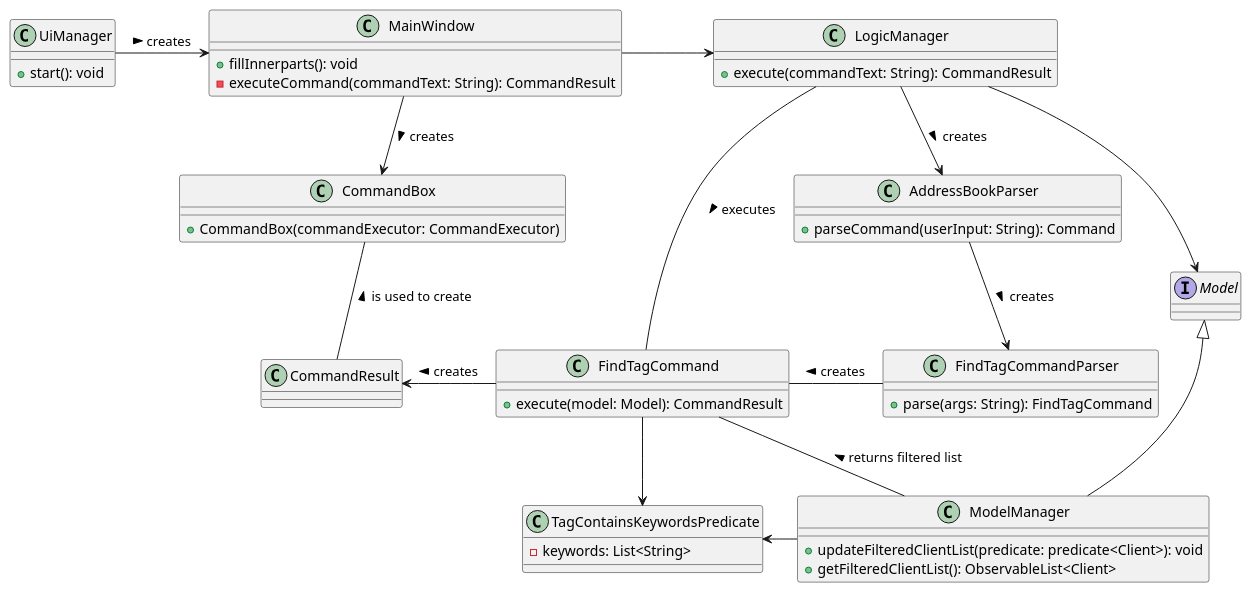
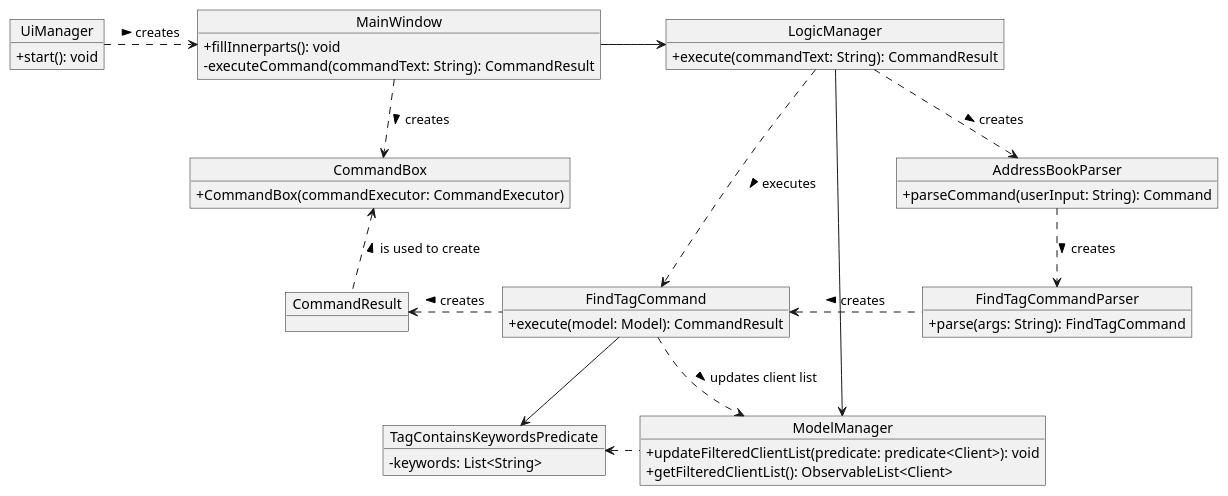
One commit to camille-readbean/tp changed the diagram in docs/diagrams/FindTagClassDiagram.puml. Above: the diagram before and after it, drawn with PlantUML. The commit also changed 3 other files, not shown here.

Commit message:
Update find-tag and view class diagrams

```diff
--- a/docs/diagrams/FindTagClassDiagram.puml
+++ b/docs/diagrams/FindTagClassDiagram.puml
@@ -1,59 +1,61 @@
 @startuml
-class UiManager {
+skinparam classAttributeIconSize 0
+skinparam usecaseAttributeIconSize 0
+skinparam classAttributeFontSize 0
+skinparam usecaseAttributeFontSize 0
+
+object UiManager {
 + start(): void
 }
 
-class MainWindow {
+object MainWindow {
 + fillInnerparts(): void
 - executeCommand(commandText: String): CommandResult
 }
 
-class LogicManager {
+object LogicManager {
 + execute(commandText: String): CommandResult
 }
 
-class AddressBookParser {
+object AddressBookParser {
 + parseCommand(userInput: String): Command
 }
 
-class FindTagCommandParser {
+object FindTagCommandParser {
 + parse(args: String): FindTagCommand
 }
 
-class FindTagCommand {
+object FindTagCommand {
 + execute(model: Model): CommandResult
 }
 
-class TagContainsKeywordsPredicate {
+object TagContainsKeywordsPredicate {
 - keywords: List<String>
 }
 
-class CommandResult {
+object CommandResult {
 }
 
-class CommandBox {
+object CommandBox {
 + CommandBox(commandExecutor: CommandExecutor)
 }
 
-interface Model
-
-class ModelManager {
+object ModelManager {
 + updateFilteredClientList(predicate: predicate<Client>): void
 + getFilteredClientList(): ObservableList<Client>
 }
 
-UiManager -> MainWindow : creates >
+UiManager .> MainWindow : creates >
 MainWindow -> LogicManager
-MainWindow --> CommandBox : creates >
-LogicManager --> AddressBookParser : creates >
-Model <|-- ModelManager
-LogicManager --> Model
-AddressBookParser --> FindTagCommandParser : creates >
-FindTagCommand - FindTagCommandParser : creates <
-CommandResult <- FindTagCommand : creates <
+MainWindow ..> CommandBox : creates >
+LogicManager ..> AddressBookParser : creates >
+LogicManager --> ModelManager
+AddressBookParser ..> FindTagCommandParser : creates >
+FindTagCommand <. FindTagCommandParser : creates <
+CommandResult <. FindTagCommand : creates <
 FindTagCommand --> TagContainsKeywordsPredicate
-FindTagCommand -- ModelManager : returns filtered list <
-TagContainsKeywordsPredicate <- ModelManager
-LogicManager -- FindTagCommand : executes >
-CommandBox -- CommandResult : is used to create <
+FindTagCommand ..> ModelManager : updates client list >
+TagContainsKeywordsPredicate <. ModelManager
+LogicManager ..> FindTagCommand : executes >
+CommandBox <.. CommandResult : is used to create <
 @enduml
```
